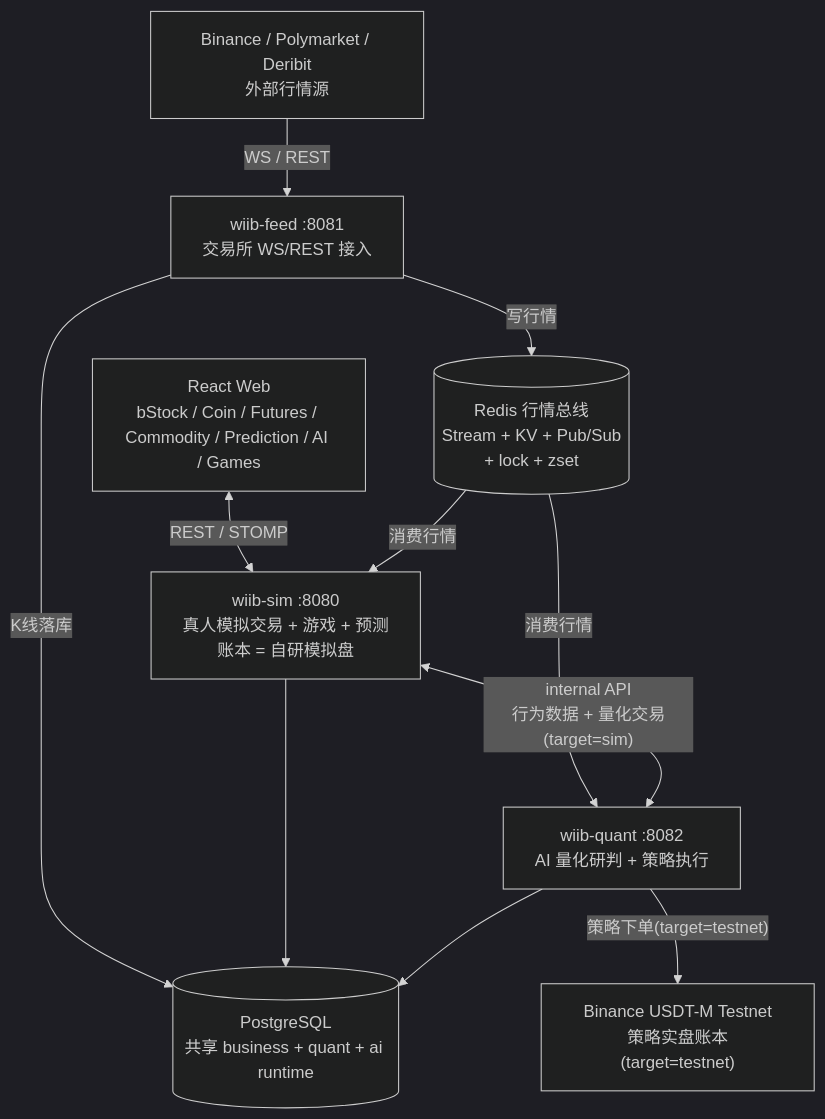
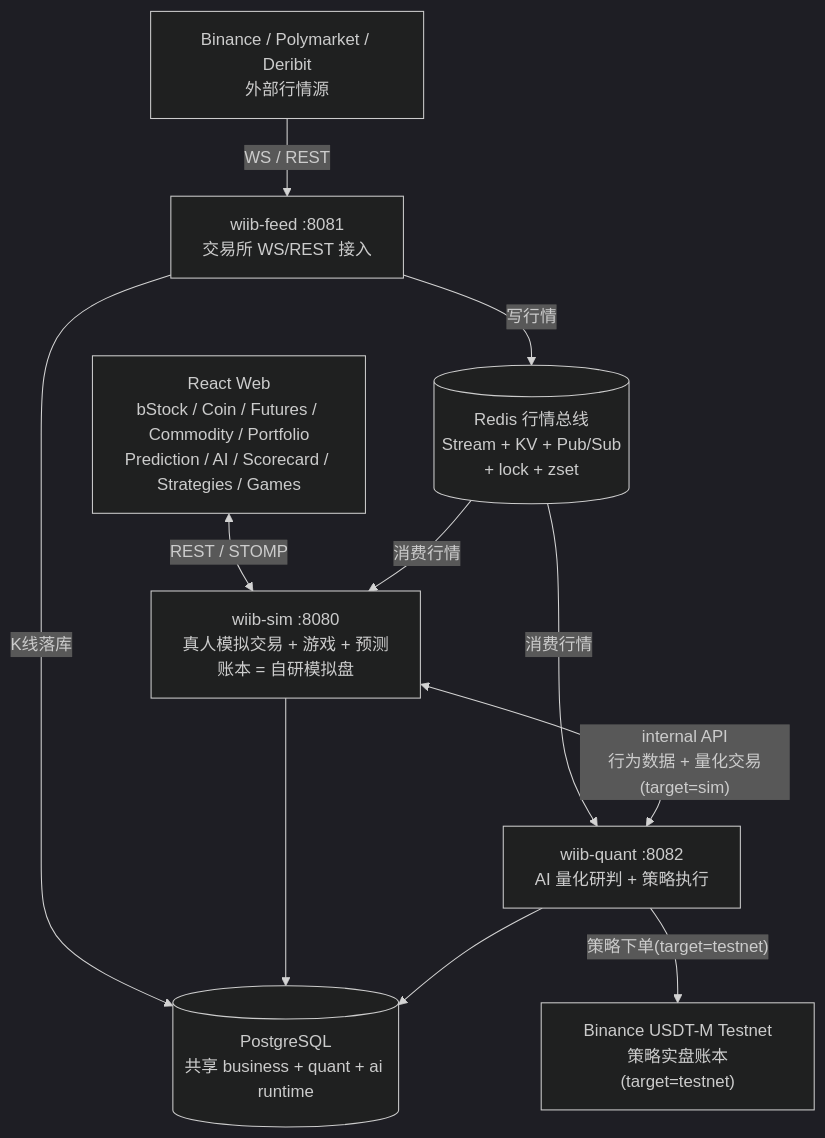
The first of 2 diagrams in README.md (mamawai/wtfibought), drawn with Mermaid (dark theme) before and after one commit. The commit also changed other lines of this file, not shown here.

````diff
--- a/README.md
+++ b/README.md
@@ -106,22 +109,22 @@
 ```mermaid
 flowchart TD
-    UI["React Web<br/>bStock / Coin / Futures / Commodity / Prediction / AI / Games"]
+    UI["React Web<br/>bStock / Coin / Futures / Commodity / Portfolio<br/>Prediction / AI / Scorecard / Strategies / Games"]
     EXC["Binance / Polymarket / Deribit<br/>外部行情源"]
     FEED["wiib-feed :8081<br/>交易所 WS/REST 接入"]
     SIM["wiib-sim :8080<br/>真人模拟交易 + 游戏 + 预测<br/>账本 = 自研模拟盘"]
     QUANT["wiib-quant :8082<br/>AI 量化研判 + 策略执行"]
     DB[("PostgreSQL<br/>共享 business + quant + ai runtime")]
     REDIS[("Redis 行情总线<br/>Stream + KV + Pub/Sub<br/>+ lock + zset")]
     TESTNET["Binance USDT-M Testnet<br/>策略实盘账本(target=testnet)"]
 
     EXC -->|WS / REST| FEED
     FEED -->|写行情| REDIS
     FEED -->|K线落库| DB
     UI <-->|REST / STOMP| SIM
     REDIS -->|消费行情| SIM
     REDIS -->|消费行情| QUANT
     SIM --> DB
     QUANT --> DB
     SIM <-->|"internal API<br/>行为数据 + 量化交易(target=sim)"| QUANT
     QUANT -->|"策略下单(target=testnet)"| TESTNET
 ```
````
